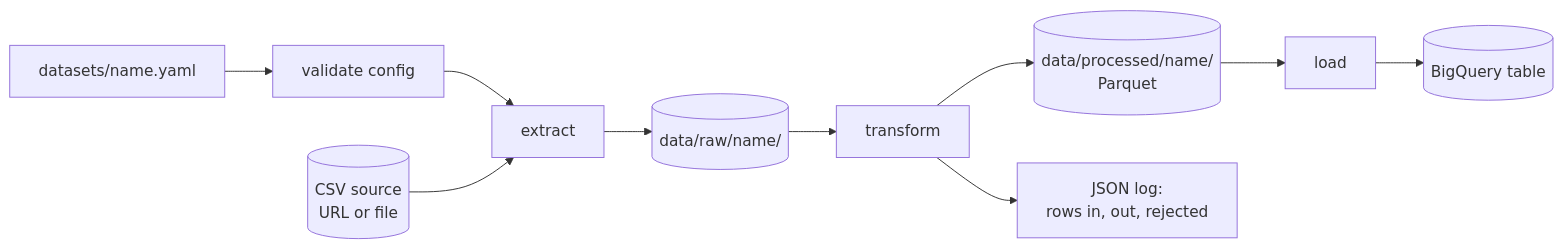
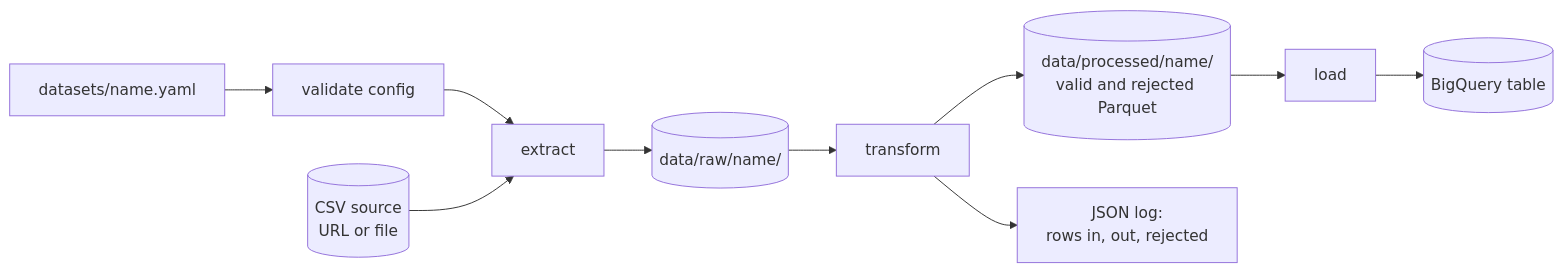
The diagram in README.md (andrea-forbicia/config-driven-etl), drawn with Mermaid before and after one commit. The commit also changed other lines of this file and 10 other files, not shown here.

First line of the commit message:
feat(transform): write rejected rows to <name>.rejected.parquet (#55)

````diff
--- a/README.md
+++ b/README.md
@@ -10,12 +10,12 @@
 ```mermaid
 flowchart LR
     yaml[datasets/name.yaml] --> validate[validate config]
     validate --> extract
     csv[(CSV source<br>URL or file)] --> extract
     extract --> raw[(data/raw/name/)]
     raw --> transform
-    transform --> parquet[(data/processed/name/<br>Parquet)]
+    transform --> parquet[(data/processed/name/<br>valid and rejected Parquet)]
     transform --> log[JSON log:<br>rows in, out, rejected]
     parquet --> load
     load --> bq[(BigQuery table)]
 ```
````
